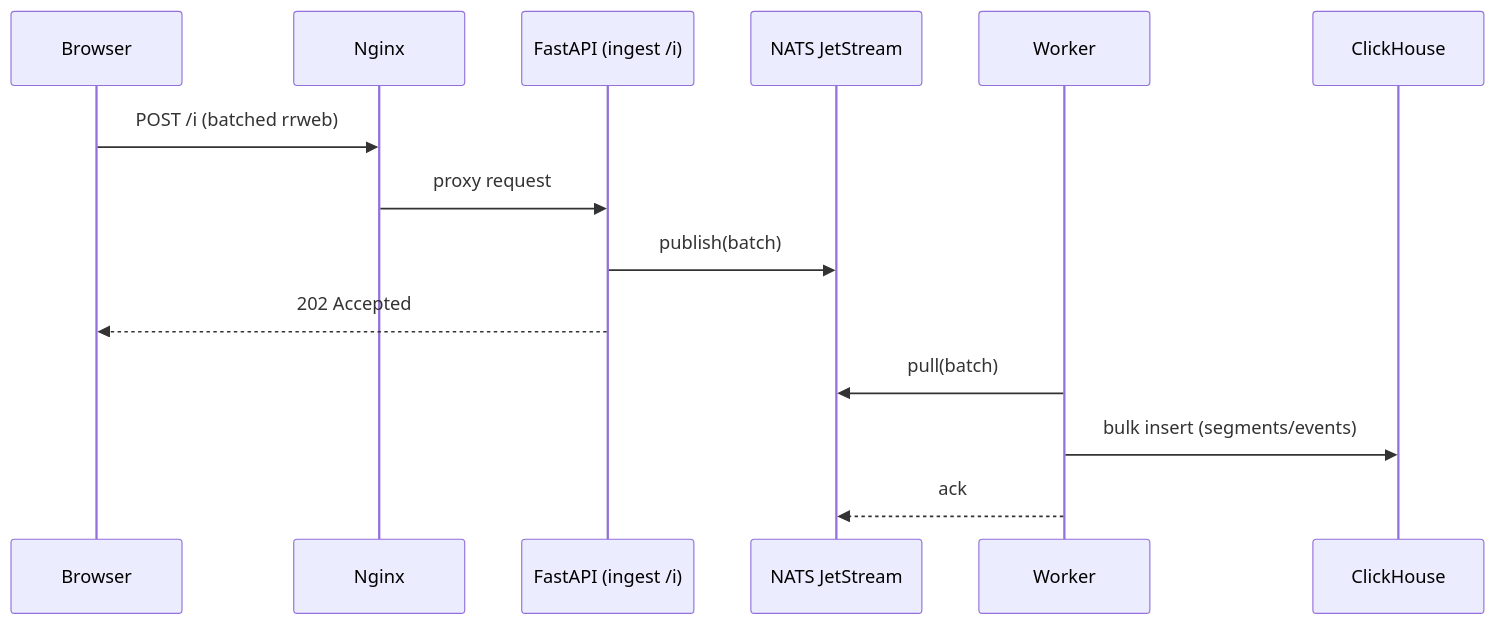
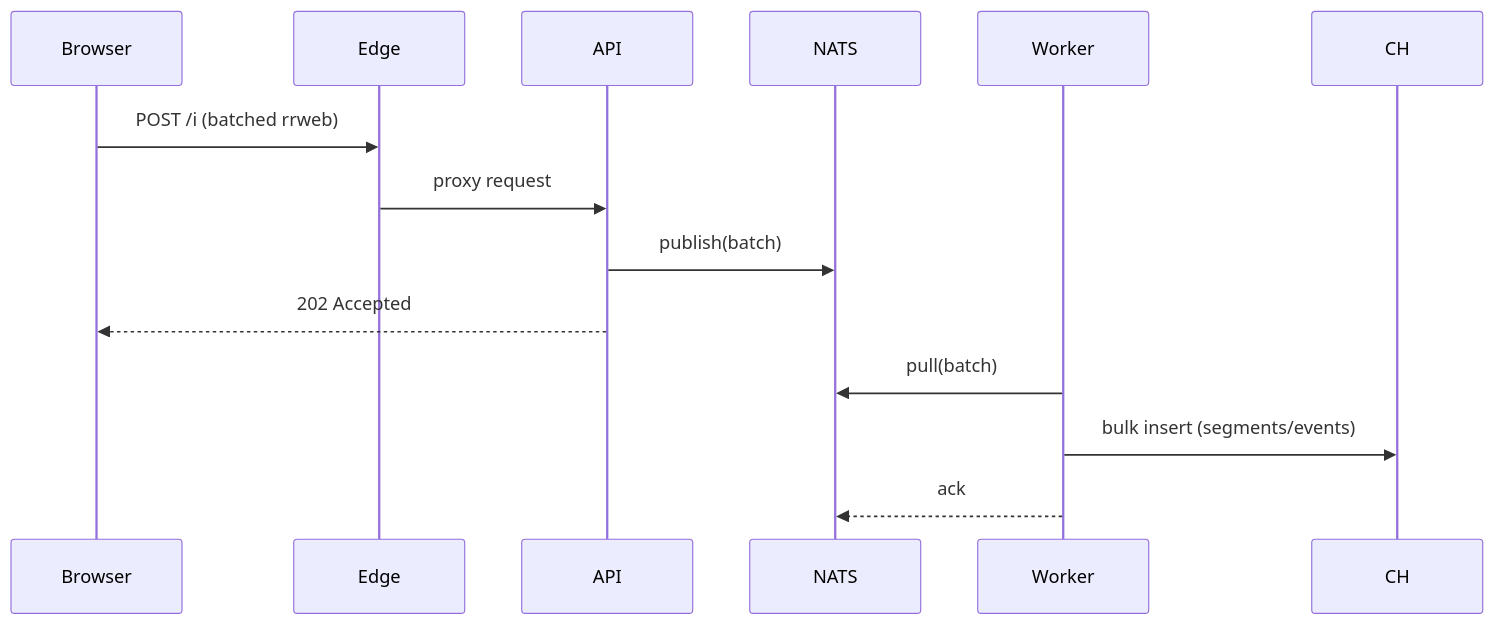
The second of 2 diagrams in ARCHITECTURE.md (rrHog/rrHog), drawn with Mermaid before and after one commit. The commit also changed other lines of this file, not shown here.

````diff
--- a/ARCHITECTURE.md
+++ b/ARCHITECTURE.md
@@ -40,17 +40,17 @@
 ```mermaid
 sequenceDiagram
   participant Browser
-  participant Edge as Nginx
-  participant API as FastAPI (ingest /i)
-  participant NATS as NATS JetStream
+  participant Edge
+  participant API
+  participant NATS
   participant Worker
-  participant CH as ClickHouse
+  participant CH
 
   Browser->>Edge: POST /i (batched rrweb)
   Edge->>API: proxy request
   API->>NATS: publish(batch)
   API-->>Browser: 202 Accepted
   Worker->>NATS: pull(batch)
   Worker->>CH: bulk insert (segments/events)
   Worker-->>NATS: ack
 ```
````
